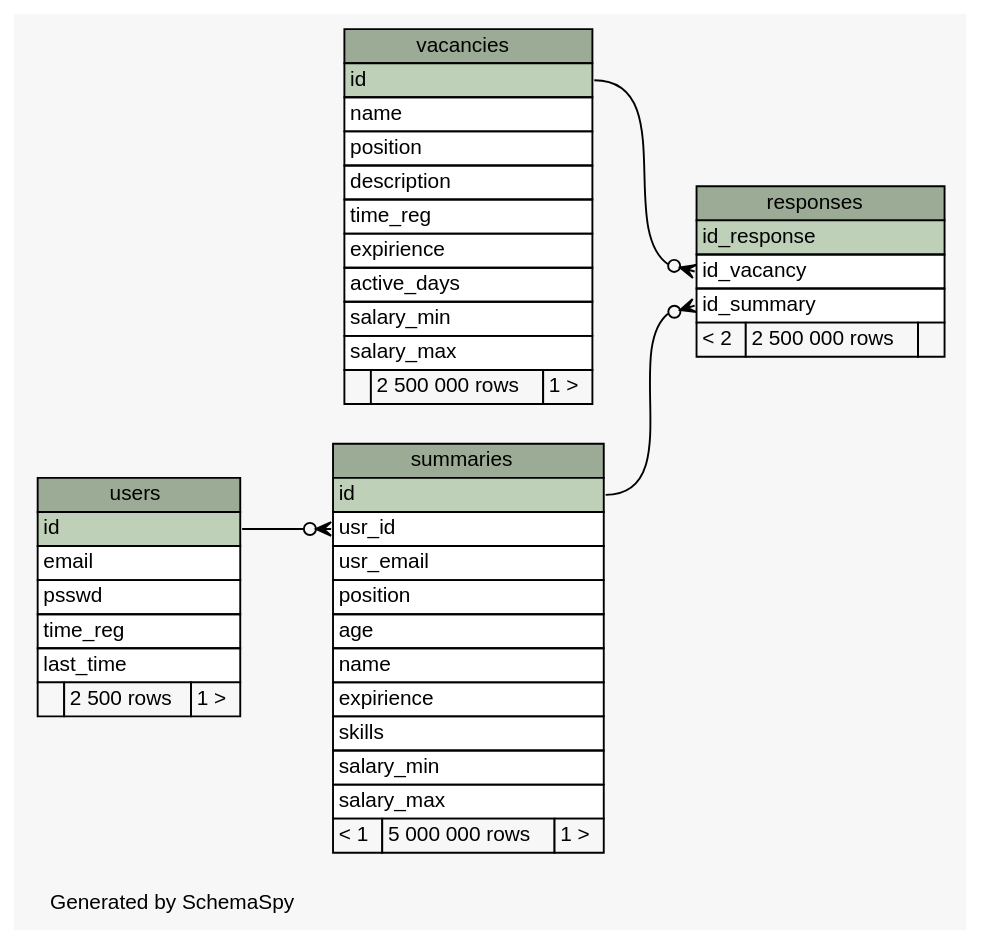
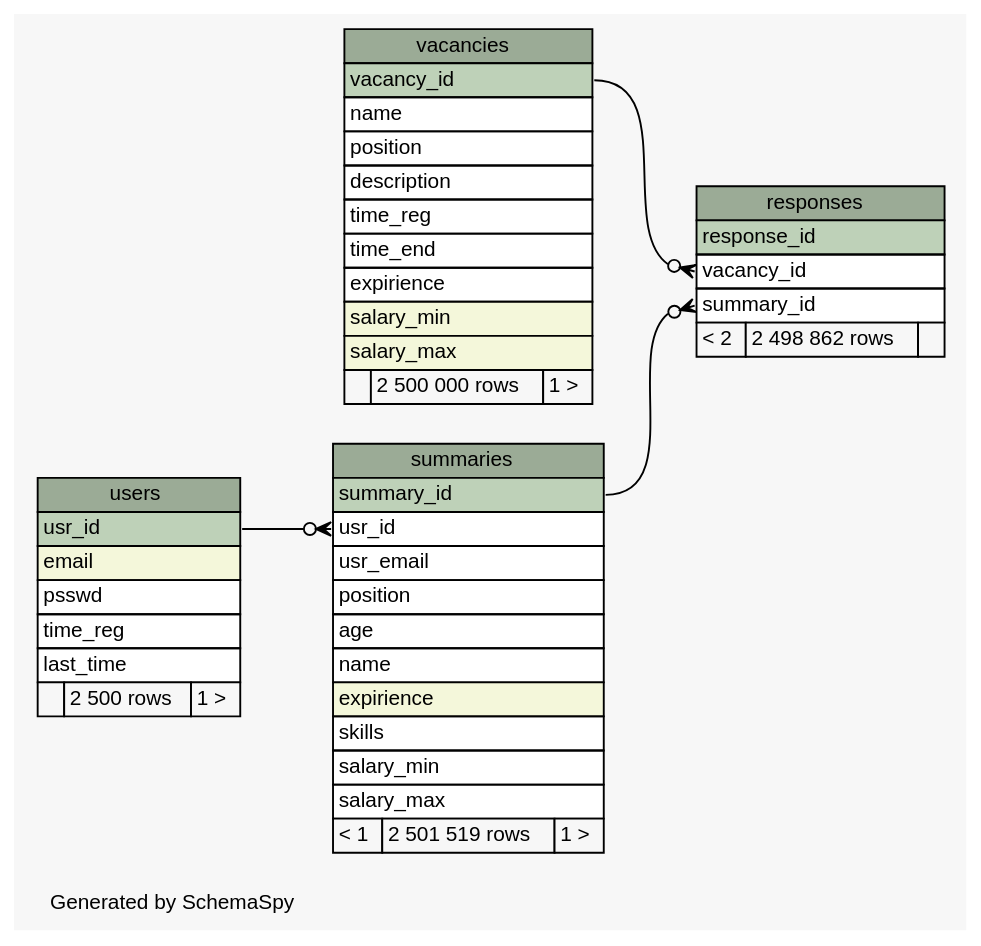
The diagram in schemaspy/diagrams/summary/relationships.real.large.dot (colorbash/hh-database-homework), drawn with Graphviz before and after one commit. The commit also changed 56 other files, not shown here.

```diff
--- a/schemaspy/diagrams/summary/relationships.real.large.dot
+++ b/schemaspy/diagrams/summary/relationships.real.large.dot
@@ -1,88 +1,88 @@
 // dot 2.38.0 on Windows 10 10.0
 // SchemaSpy rev 590
 digraph "largeRelationshipsDiagram" {
   graph [
     rankdir="RL"
     bgcolor="#f7f7f7"
     label="\nGenerated by SchemaSpy"
     labeljust="l"
     nodesep="0.18"
     ranksep="0.46"
     fontname="Helvetica"
     fontsize="11"
   ];
   node [
     fontname="Helvetica"
     fontsize="11"
     shape="plaintext"
   ];
   edge [
     arrowsize="0.8"
   ];
   "responses" [
     label=<
     <TABLE BORDER="0" CELLBORDER="1" CELLSPACING="0" BGCOLOR="#ffffff">
       <TR><TD COLSPAN="3" BGCOLOR="#9bab96" ALIGN="CENTER">responses</TD></TR>
-      <TR><TD PORT="id_response" COLSPAN="3" BGCOLOR="#bed1b8" ALIGN="LEFT">id_response</TD></TR>
-      <TR><TD PORT="id_vacancy" COLSPAN="3" ALIGN="LEFT">id_vacancy</TD></TR>
-      <TR><TD PORT="id_summary" COLSPAN="3" ALIGN="LEFT">id_summary</TD></TR>
-      <TR><TD ALIGN="LEFT" BGCOLOR="#f7f7f7">&lt; 2</TD><TD ALIGN="RIGHT" BGCOLOR="#f7f7f7">2 500 000 rows</TD><TD ALIGN="RIGHT" BGCOLOR="#f7f7f7">  </TD></TR>
+      <TR><TD PORT="response_id" COLSPAN="3" BGCOLOR="#bed1b8" ALIGN="LEFT">response_id</TD></TR>
+      <TR><TD PORT="vacancy_id" COLSPAN="3" ALIGN="LEFT">vacancy_id</TD></TR>
+      <TR><TD PORT="summary_id" COLSPAN="3" ALIGN="LEFT">summary_id</TD></TR>
+      <TR><TD ALIGN="LEFT" BGCOLOR="#f7f7f7">&lt; 2</TD><TD ALIGN="RIGHT" BGCOLOR="#f7f7f7">2 498 862 rows</TD><TD ALIGN="RIGHT" BGCOLOR="#f7f7f7">  </TD></TR>
     </TABLE>>
     URL="tables/responses.html"
     tooltip="responses"
   ];
   "summaries" [
     label=<
     <TABLE BORDER="0" CELLBORDER="1" CELLSPACING="0" BGCOLOR="#ffffff">
       <TR><TD COLSPAN="3" BGCOLOR="#9bab96" ALIGN="CENTER">summaries</TD></TR>
-      <TR><TD PORT="id" COLSPAN="3" BGCOLOR="#bed1b8" ALIGN="LEFT">id</TD></TR>
+      <TR><TD PORT="summary_id" COLSPAN="3" BGCOLOR="#bed1b8" ALIGN="LEFT">summary_id</TD></TR>
       <TR><TD PORT="usr_id" COLSPAN="3" ALIGN="LEFT">usr_id</TD></TR>
       <TR><TD PORT="usr_email" COLSPAN="3" ALIGN="LEFT">usr_email</TD></TR>
       <TR><TD PORT="position" COLSPAN="3" ALIGN="LEFT">position</TD></TR>
       <TR><TD PORT="age" COLSPAN="3" ALIGN="LEFT">age</TD></TR>
       <TR><TD PORT="name" COLSPAN="3" ALIGN="LEFT">name</TD></TR>
-      <TR><TD PORT="expirience" COLSPAN="3" ALIGN="LEFT">expirience</TD></TR>
+      <TR><TD PORT="expirience" COLSPAN="3" BGCOLOR="#f4f7da" ALIGN="LEFT">expirience</TD></TR>
       <TR><TD PORT="skills" COLSPAN="3" ALIGN="LEFT">skills</TD></TR>
       <TR><TD PORT="salary_min" COLSPAN="3" ALIGN="LEFT">salary_min</TD></TR>
       <TR><TD PORT="salary_max" COLSPAN="3" ALIGN="LEFT">salary_max</TD></TR>
-      <TR><TD ALIGN="LEFT" BGCOLOR="#f7f7f7">&lt; 1</TD><TD ALIGN="RIGHT" BGCOLOR="#f7f7f7">5 000 000 rows</TD><TD ALIGN="RIGHT" BGCOLOR="#f7f7f7">1 &gt;</TD></TR>
+      <TR><TD ALIGN="LEFT" BGCOLOR="#f7f7f7">&lt; 1</TD><TD ALIGN="RIGHT" BGCOLOR="#f7f7f7">2 501 519 rows</TD><TD ALIGN="RIGHT" BGCOLOR="#f7f7f7">1 &gt;</TD></TR>
     </TABLE>>
     URL="tables/summaries.html"
     tooltip="summaries"
   ];
   "users" [
     label=<
     <TABLE BORDER="0" CELLBORDER="1" CELLSPACING="0" BGCOLOR="#ffffff">
       <TR><TD COLSPAN="3" BGCOLOR="#9bab96" ALIGN="CENTER">users</TD></TR>
-      <TR><TD PORT="id" COLSPAN="3" BGCOLOR="#bed1b8" ALIGN="LEFT">id</TD></TR>
-      <TR><TD PORT="email" COLSPAN="3" ALIGN="LEFT">email</TD></TR>
+      <TR><TD PORT="usr_id" COLSPAN="3" BGCOLOR="#bed1b8" ALIGN="LEFT">usr_id</TD></TR>
+      <TR><TD PORT="email" COLSPAN="3" BGCOLOR="#f4f7da" ALIGN="LEFT">email</TD></TR>
       <TR><TD PORT="psswd" COLSPAN="3" ALIGN="LEFT">psswd</TD></TR>
       <TR><TD PORT="time_reg" COLSPAN="3" ALIGN="LEFT">time_reg</TD></TR>
       <TR><TD PORT="last_time" COLSPAN="3" ALIGN="LEFT">last_time</TD></TR>
       <TR><TD ALIGN="LEFT" BGCOLOR="#f7f7f7">  </TD><TD ALIGN="RIGHT" BGCOLOR="#f7f7f7">2 500 rows</TD><TD ALIGN="RIGHT" BGCOLOR="#f7f7f7">1 &gt;</TD></TR>
     </TABLE>>
     URL="tables/users.html"
     tooltip="users"
   ];
   "vacancies" [
     label=<
     <TABLE BORDER="0" CELLBORDER="1" CELLSPACING="0" BGCOLOR="#ffffff">
       <TR><TD COLSPAN="3" BGCOLOR="#9bab96" ALIGN="CENTER">vacancies</TD></TR>
-      <TR><TD PORT="id" COLSPAN="3" BGCOLOR="#bed1b8" ALIGN="LEFT">id</TD></TR>
+      <TR><TD PORT="vacancy_id" COLSPAN="3" BGCOLOR="#bed1b8" ALIGN="LEFT">vacancy_id</TD></TR>
       <TR><TD PORT="name" COLSPAN="3" ALIGN="LEFT">name</TD></TR>
       <TR><TD PORT="position" COLSPAN="3" ALIGN="LEFT">position</TD></TR>
       <TR><TD PORT="description" COLSPAN="3" ALIGN="LEFT">description</TD></TR>
       <TR><TD PORT="time_reg" COLSPAN="3" ALIGN="LEFT">time_reg</TD></TR>
+      <TR><TD PORT="time_end" COLSPAN="3" ALIGN="LEFT">time_end</TD></TR>
       <TR><TD PORT="expirience" COLSPAN="3" ALIGN="LEFT">expirience</TD></TR>
-      <TR><TD PORT="active_days" COLSPAN="3" ALIGN="LEFT">active_days</TD></TR>
-      <TR><TD PORT="salary_min" COLSPAN="3" ALIGN="LEFT">salary_min</TD></TR>
-      <TR><TD PORT="salary_max" COLSPAN="3" ALIGN="LEFT">salary_max</TD></TR>
+      <TR><TD PORT="salary_min" COLSPAN="3" BGCOLOR="#f4f7da" ALIGN="LEFT">salary_min</TD></TR>
+      <TR><TD PORT="salary_max" COLSPAN="3" BGCOLOR="#f4f7da" ALIGN="LEFT">salary_max</TD></TR>
       <TR><TD ALIGN="LEFT" BGCOLOR="#f7f7f7">  </TD><TD ALIGN="RIGHT" BGCOLOR="#f7f7f7">2 500 000 rows</TD><TD ALIGN="RIGHT" BGCOLOR="#f7f7f7">1 &gt;</TD></TR>
     </TABLE>>
     URL="tables/vacancies.html"
     tooltip="vacancies"
   ];
-  "responses":"id_summary":w -> "summaries":"id":e [arrowhead=none dir=back arrowtail=crowodot];
-  "responses":"id_vacancy":w -> "vacancies":"id":e [arrowhead=none dir=back arrowtail=crowodot];
-  "summaries":"usr_id":w -> "users":"id":e [arrowhead=none dir=back arrowtail=crowodot];
+  "responses":"summary_id":w -> "summaries":"summary_id":e [arrowhead=none dir=back arrowtail=crowodot];
+  "responses":"vacancy_id":w -> "vacancies":"vacancy_id":e [arrowhead=none dir=back arrowtail=crowodot];
+  "summaries":"usr_id":w -> "users":"usr_id":e [arrowhead=none dir=back arrowtail=crowodot];
 }
```
